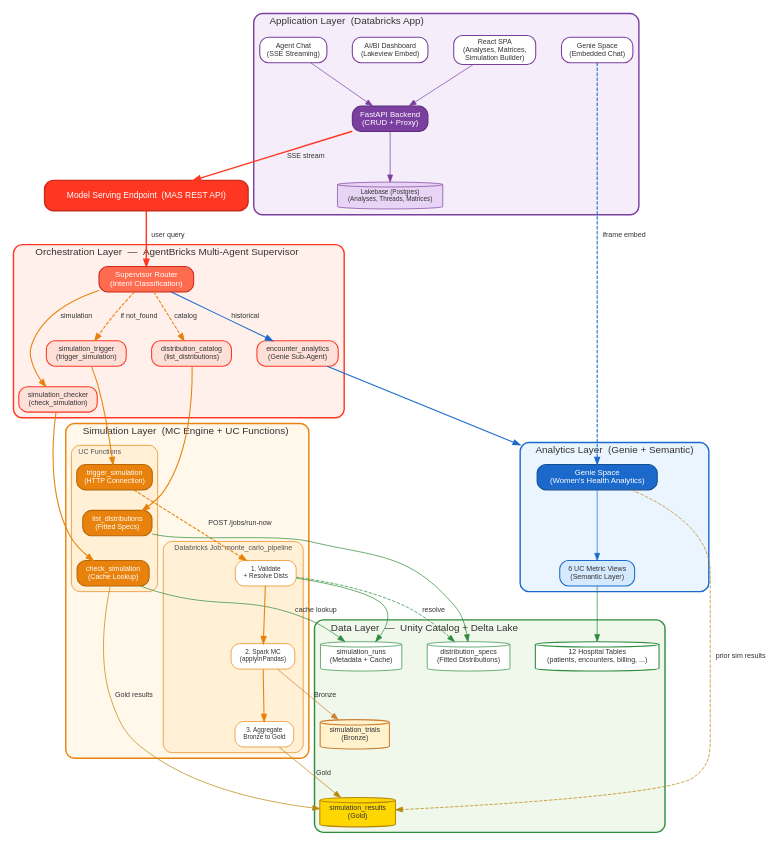
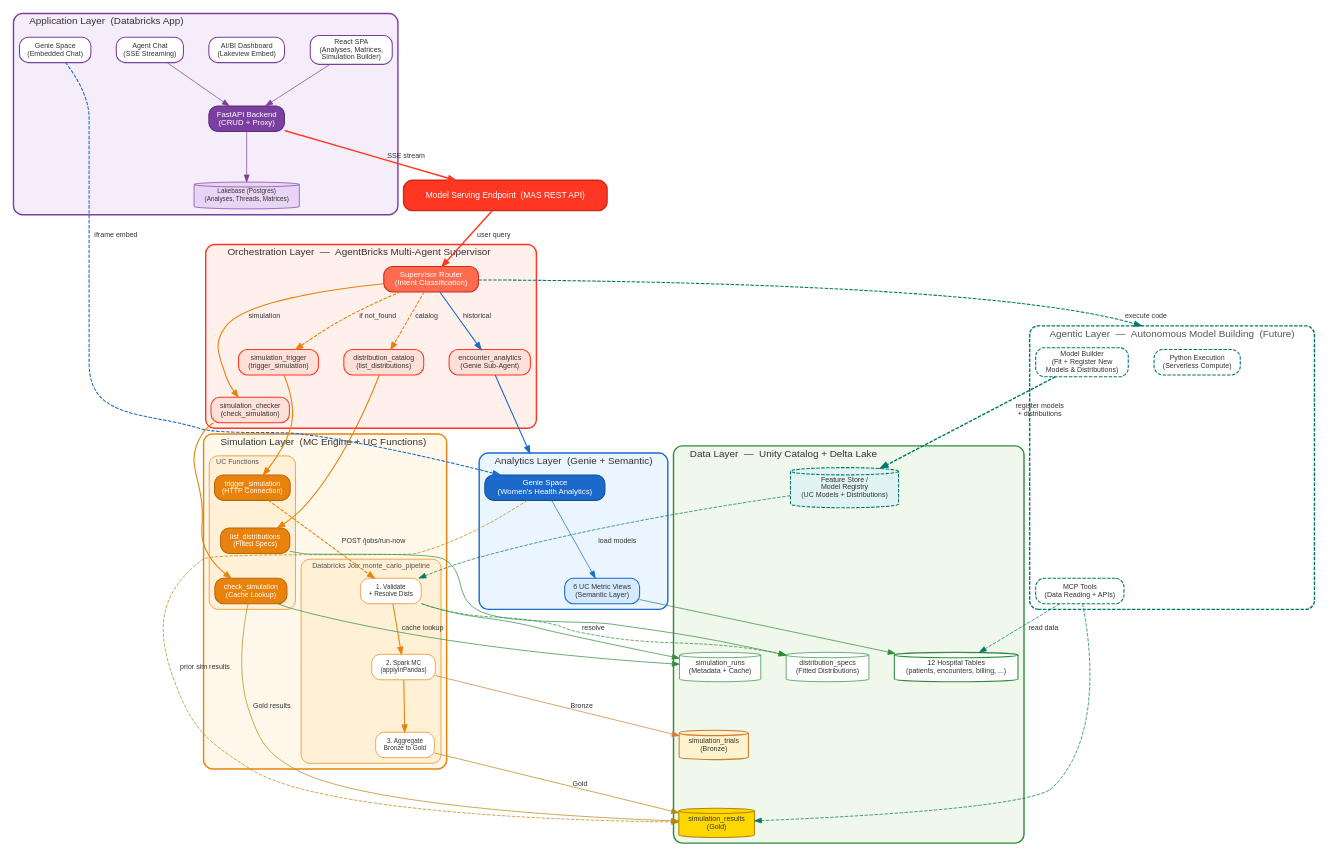
One commit to marcjimz/monte-carlo-supervisor changed the diagram in docs/diagrams/architecture.dot. Above: the diagram before and after it, drawn with Graphviz. The commit also changed 21 other files, not shown here.

First line of the commit message:
feat: migrate to new workspace and add agentic layer diagrams

```diff
--- a/docs/diagrams/architecture.dot
+++ b/docs/diagrams/architecture.dot
@@ -63,6 +63,25 @@
         checker_agent [label="simulation_checker\n(check_simulation)", shape=box, style="filled,rounded", fillcolor="#FFE0D9", fontname="Helvetica", fontsize=10, fontcolor="#333333", color="#FF3621", penwidth=1.5];
         trigger_agent [label="simulation_trigger\n(trigger_simulation)", shape=box, style="filled,rounded", fillcolor="#FFE0D9", fontname="Helvetica", fontsize=10, fontcolor="#333333", color="#FF3621", penwidth=1.5];
         distribution_agent [label="distribution_catalog\n(list_distributions)", shape=box, style="filled,rounded", fillcolor="#FFE0D9", fontname="Helvetica", fontsize=10, fontcolor="#333333", color="#FF3621", penwidth=1.5];
+    }
+
+    // ===================================================================
+    // AGENTIC LAYER (Phase 4 — Future)
+    // ===================================================================
+    subgraph cluster_agentic {
+        label="Agentic Layer  —  Autonomous Model Building  (Future)";
+        labeljust=l;
+        fontname="Helvetica";
+        fontsize=14;
+        fontcolor="#555555";
+        style="dashed,rounded";
+        fillcolor="#E0F2F1";
+        color="#00796B";
+        penwidth=2;
+
+        python_exec [label="Python Execution\n(Serverless Compute)", shape=box, style="filled,dashed,rounded", fillcolor="#FFFFFF", fontname="Helvetica", fontsize=10, fontcolor="#333333", color="#00796B", penwidth=1.5];
+        mcp_tools [label="MCP Tools\n(Data Reading + APIs)", shape=box, style="filled,dashed,rounded", fillcolor="#FFFFFF", fontname="Helvetica", fontsize=10, fontcolor="#333333", color="#00796B", penwidth=1.5];
+        model_builder [label="Model Builder\n(Fit + Register New\nModels & Distributions)", shape=box, style="filled,dashed,rounded", fillcolor="#FFFFFF", fontname="Helvetica", fontsize=10, fontcolor="#333333", color="#00796B", penwidth=1.5];
     }
 
     // ===================================================================
@@ -151,6 +170,8 @@
         sim_runs [label="simulation_runs\n(Metadata + Cache)", shape=cylinder, style=filled, fillcolor="#FFFFFF", fontname="Helvetica", fontsize=10, fontcolor="#333333", color="#2D8C3C", penwidth=1];
         sim_trials [label="simulation_trials\n(Bronze)", shape=cylinder, style=filled, fillcolor="#FFF2CC", fontname="Helvetica", fontsize=10, fontcolor="#333333", color="#CD7F32", penwidth=1.5];
         sim_results [label="simulation_results\n(Gold)", shape=cylinder, style=filled, fillcolor="#FFD700", fontname="Helvetica", fontsize=10, fontcolor="#333333", color="#B8860B", penwidth=1.5];
+
+        feature_store [label="Feature Store /\nModel Registry\n(UC Models + Distributions)", shape=cylinder, style="filled,dashed", fillcolor="#E0F2F1", fontname="Helvetica", fontsize=10, fontcolor="#333333", color="#00796B", penwidth=1.5];
     }
 
     // ===================================================================
@@ -197,4 +218,20 @@
 
     // Genie reads Gold results
     genie -> sim_results [color="#B8860B", penwidth=1, style=dashed, label=" prior sim results "];
+
+    // ===================================================================
+    // AGENTIC LAYER EDGES (Future — dashed)
+    // ===================================================================
+
+    // Agentic layer tools feed from orchestration
+    router -> python_exec [color="#00796B", penwidth=1.5, style=dashed, label=" execute code ", lhead=cluster_agentic];
+
+    // Agentic tools read data via MCP
+    mcp_tools -> hospital_tables [color="#00796B", penwidth=1, style=dashed, label=" read data "];
+    mcp_tools -> sim_results [color="#00796B", penwidth=1, style=dashed];
+
+    // Model builder contributes to simulation layer
+    model_builder -> feature_store [color="#00796B", penwidth=2, style=dashed, label=" register models\n + distributions "];
+    // Feature store feeds pipeline
+    feature_store -> task1 [color="#00796B", penwidth=1, style=dashed, label=" load models "];
 }
```
